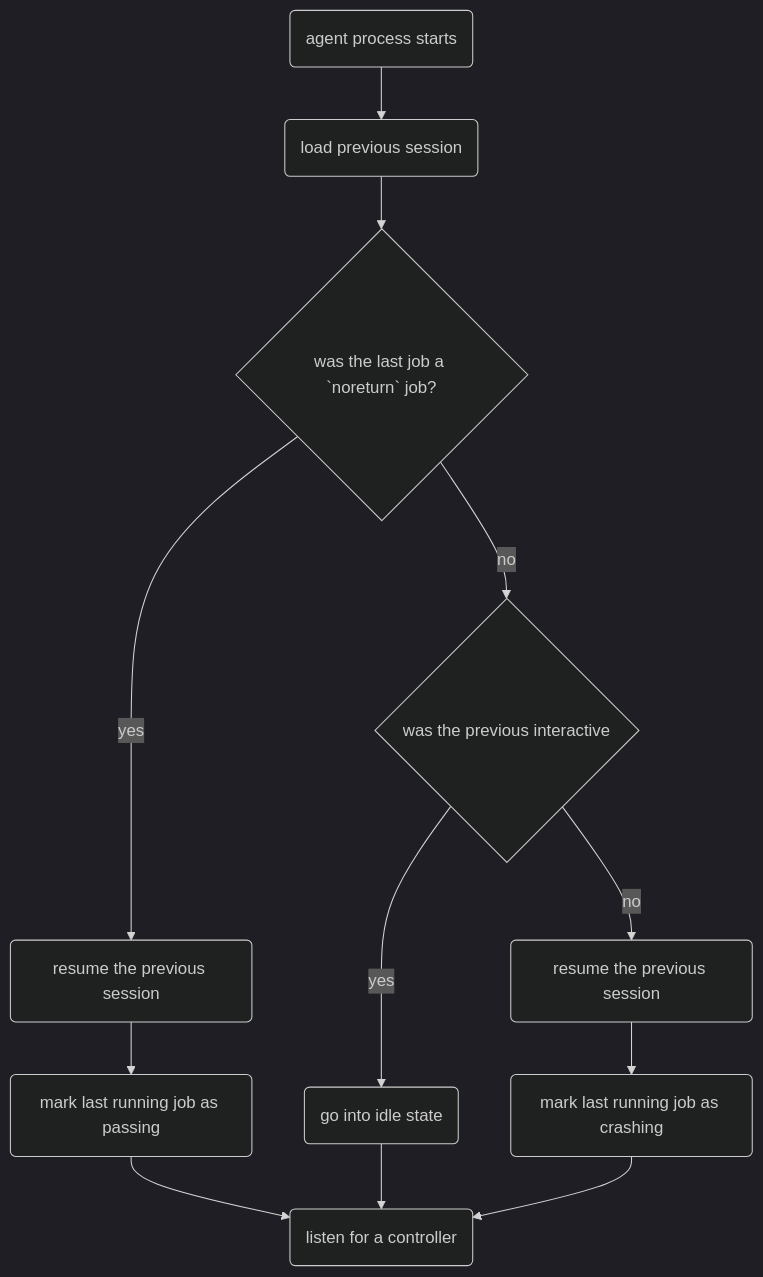
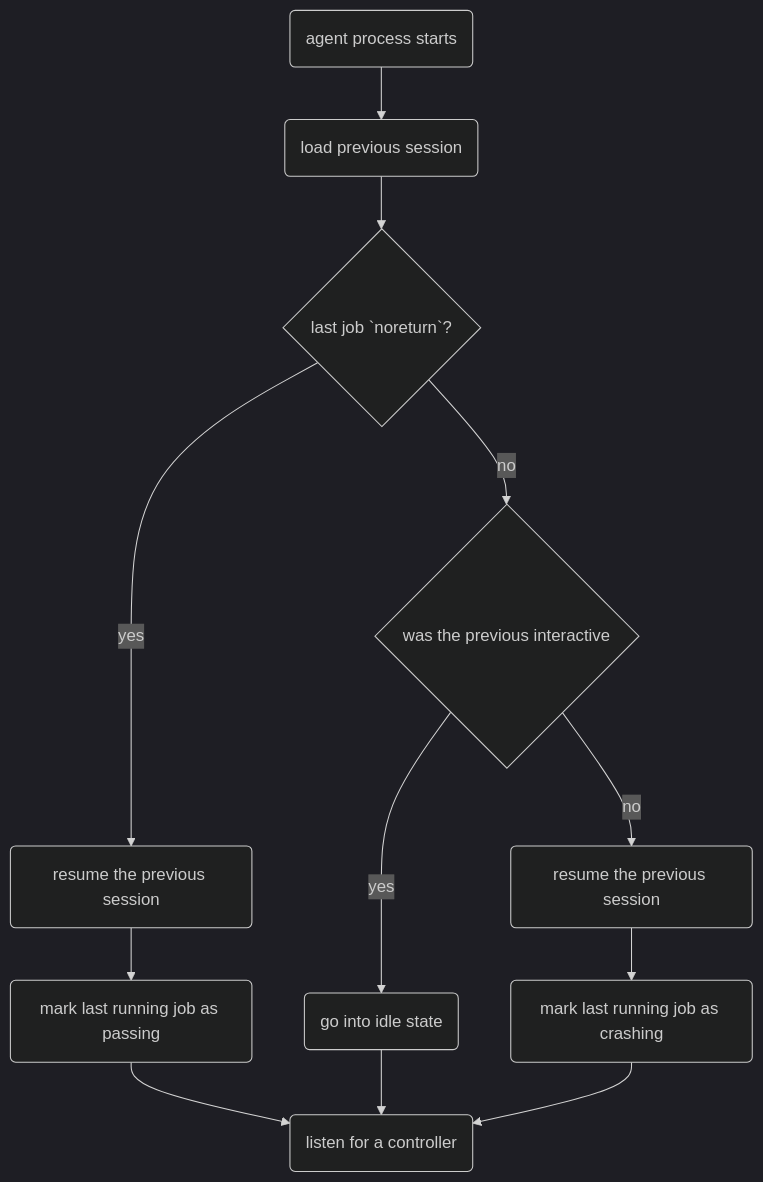
The diagram in docs/explanation/remote.rst (canonical/checkbox), drawn with Mermaid (dark theme) before and after one commit.

Commit message:
smaller diamond

```diff
--- a/docs/explanation/remote.rst
+++ b/docs/explanation/remote.rst
@@ -110,27 +110,27 @@
 .. mermaid::
 
   graph TD;
 
   proc("agent process starts")
     load("load previous session")
     resume("resume the previous session")
     resume_crashed("resume the previous session")
     interactive{"was the previous interactive"}
     mark_pass("mark last running job as passing")
     mark_crash("mark last running job as crashing")
     idle("go into idle state")
     listen("listen for a controller")
     proc --> load
-    last_job{"was the last job a `noreturn` job?"}
+    last_job{"last job `noreturn`?"}
     load -->last_job
     last_job-->|yes| resume
     resume --> mark_pass
 
     last_job-->|no| interactive
     interactive-->|yes| idle
     idle --> listen
     mark_pass --> listen
 
     interactive-->|no| resume_crashed
     resume_crashed --> mark_crash
     mark_crash --> listen
```
